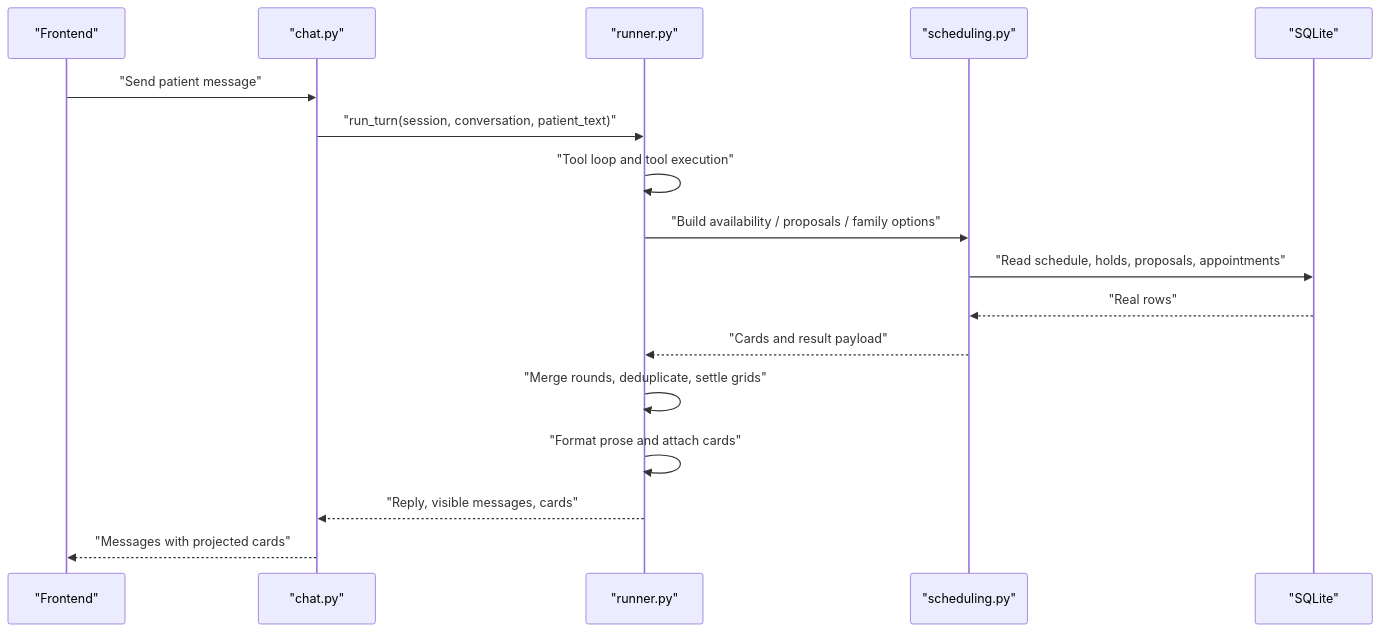
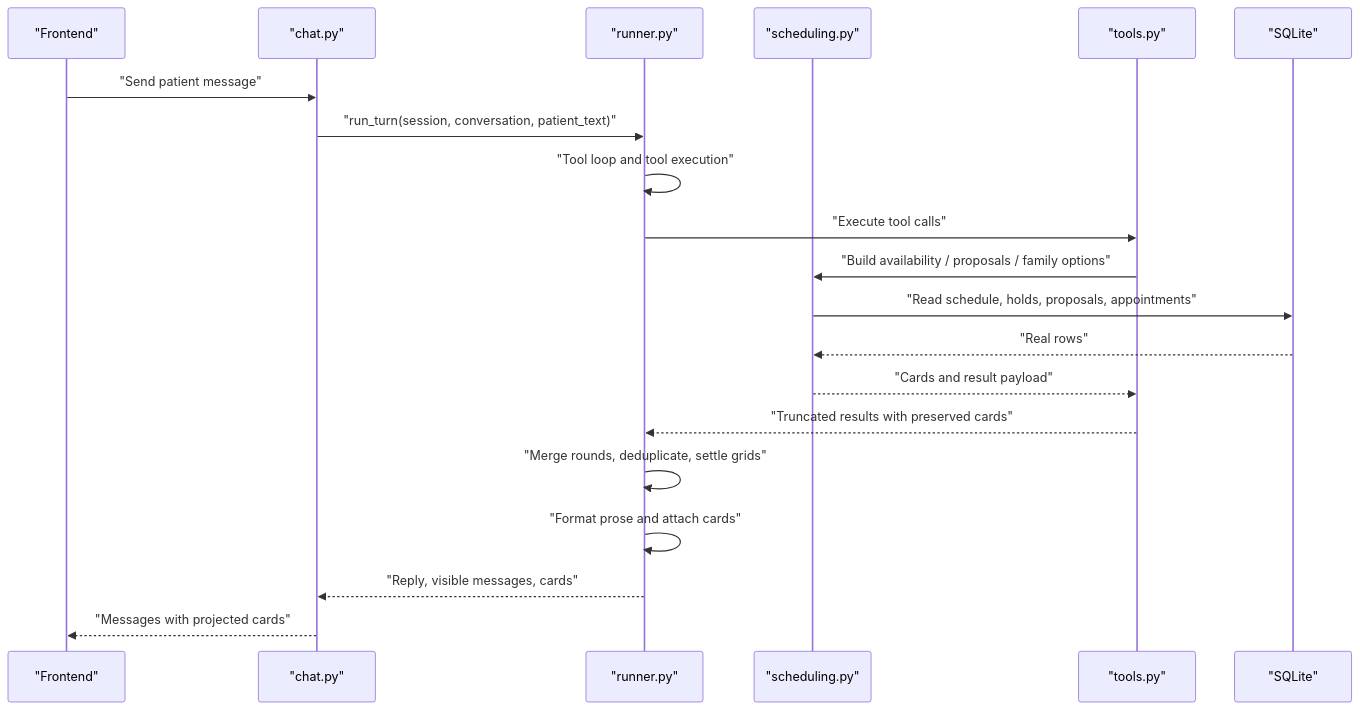
One commit to gokulkaarthicks/dental-chatbot changed the second of 11 diagrams in .qoder/repowiki/en/content/AI Agent System/Conversation Runner/Card Management System.md. Above: the diagram before and after it, drawn with Mermaid. The commit also changed other lines of this file and 280 other files, not shown here.

````diff
--- a/.qoder/repowiki/en/content/AI Agent System/Conversation Runner/Card Management System.md
+++ b/.qoder/repowiki/en/content/AI Agent System/Conversation Runner/Card Management System.md
@@ -131,19 +145,22 @@
 ```mermaid
 sequenceDiagram
 participant Client as "Frontend"
 participant API as "chat.py"
 participant Runner as "runner.py"
 participant Service as "scheduling.py"
+participant Tools as "tools.py"
 participant DB as "SQLite"
 Client->>API : "Send patient message"
 API->>Runner : "run_turn(session, conversation, patient_text)"
 Runner->>Runner : "Tool loop and tool execution"
-Runner->>Service : "Build availability / proposals / family options"
+Runner->>Tools : "Execute tool calls"
+Tools->>Service : "Build availability / proposals / family options"
 Service->>DB : "Read schedule, holds, proposals, appointments"
 DB-->>Service : "Real rows"
-Service-->>Runner : "Cards and result payload"
+Service-->>Tools : "Cards and result payload"
+Tools-->>Runner : "Truncated results with preserved cards"
 Runner->>Runner : "Merge rounds, deduplicate, settle grids"
 Runner->>Runner : "Format prose and attach cards"
 Runner-->>API : "Reply, visible messages, cards"
 API-->>Client : "Messages with projected cards"
 ```
````
